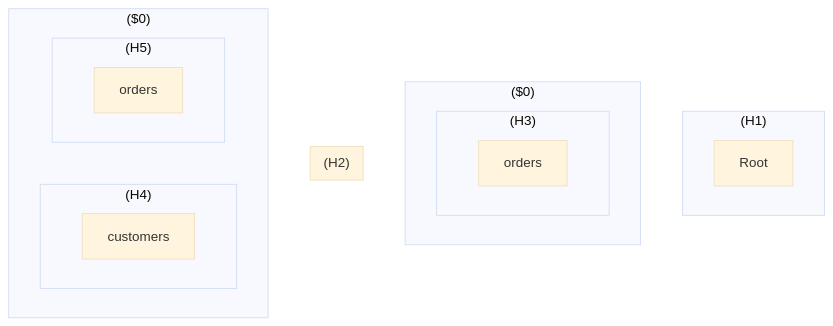
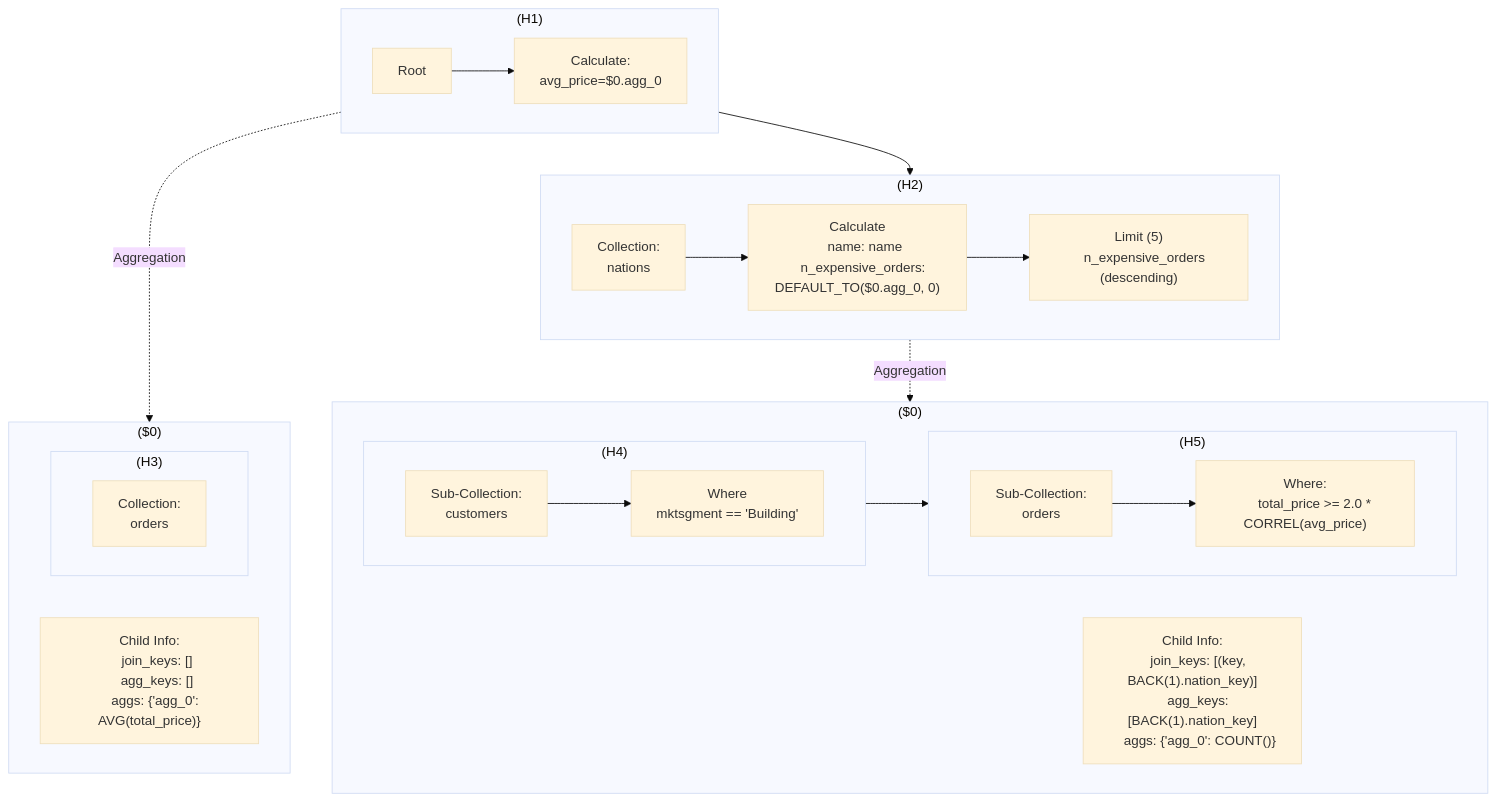
One commit to bodo-ai/PyDough changed the fourth of 4 diagrams in documentation/ir.md. Above: the diagram before and after it, drawn with Mermaid (base theme). The commit also changed other lines of this file, not shown here.

Commit message:
Working on second hybrid doc

````diff
--- a/documentation/ir.md
+++ b/documentation/ir.md
@@ -250,29 +250,62 @@
 ```mermaid
 flowchart TD
   subgraph L1["(H1)"]
   direction LR
     A["Root"]
+    A'["Calculate:
+    avg_price=$0.agg_0"]
+    A --> A'
   end
 
   subgraph C1["($0)"]
     subgraph L3["(H3)"]
     direction LR
-      B["orders"]
+      B["Collection:
+      orders"]
     end
+    data0["Child Info:
+    join_keys: []
+    agg_keys: []
+    aggs: {'agg_0': AVG(total_price)}"]
   end
+    L1 -..->|Aggregation| C1
 
   subgraph L2["(H2)"]
   direction LR
+    E["Collection:
+    nations"]
+    F["Calculate
+    name: name
+    n_expensive_orders: DEFAULT_TO($0.agg_0, 0)"]
+    G["Limit (5)
+    n_expensive_orders (descending)"]
+    E --> F --> G
   end
 
   subgraph C2["($0)"]
     subgraph L4["(H4)"]
     direction LR
-      C["customers"]
+      C["Sub-Collection:
+      customers"]
+      H["Where
+      mktsgment == 'Building'"]
+      C --> H
     end
     subgraph L5["(H5)"]
     direction LR
-      D["orders"]
+      D["Sub-Collection:
+      orders"]
+      D'["Where:
+      total_price >= 2.0 * CORREL(avg_price)"]
+      D --> D'
     end
+    data1["Child Info:
+    join_keys: [(key, BACK(1).nation_key)]
+    agg_keys: [BACK(1).nation_key]
+    aggs: {'agg_0': COUNT()}"]
   end
+
+    L1 --> L2
+    L2 -.->|Aggregation| C2
+    L4 --> L5
 ```
````
